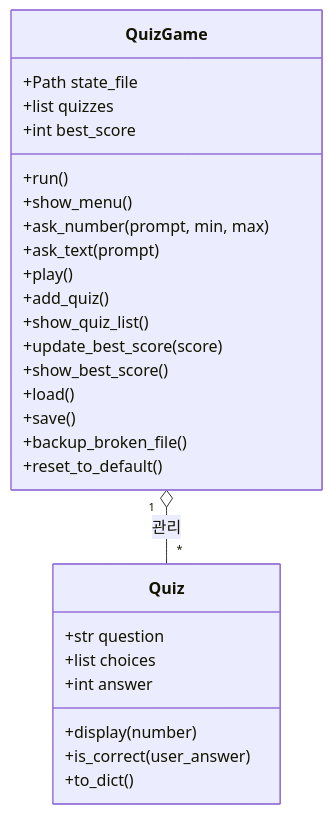
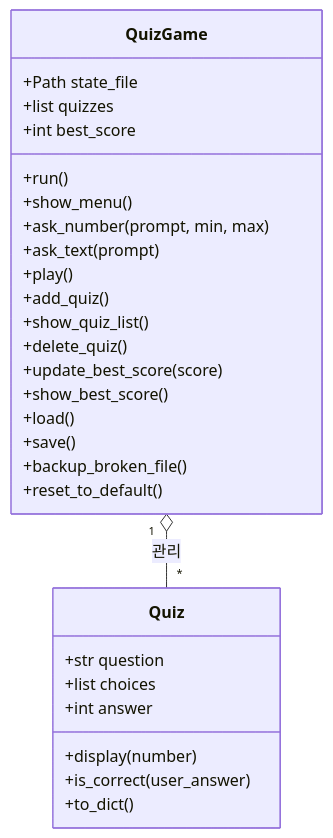
Before and after one commit to qjskffj-code/codyssey_E1-2: the third of 5 diagrams in README.md, drawn with Mermaid. The commit also changed other lines of this file and 2 other files, not shown here.

````diff
--- a/README.md
+++ b/README.md
@@ -212,30 +217,31 @@
 ```mermaid
 classDiagram
     class QuizGame {
         +Path state_file
         +list quizzes
         +int best_score
         +run()
         +show_menu()
         +ask_number(prompt, min, max)
         +ask_text(prompt)
         +play()
         +add_quiz()
         +show_quiz_list()
+        +delete_quiz()
         +update_best_score(score)
         +show_best_score()
         +load()
         +save()
         +backup_broken_file()
         +reset_to_default()
     }
     class Quiz {
         +str question
         +list choices
         +int answer
         +display(number)
         +is_correct(user_answer)
         +to_dict()
     }
     QuizGame "1" o-- "*" Quiz : 관리
 ```
````
